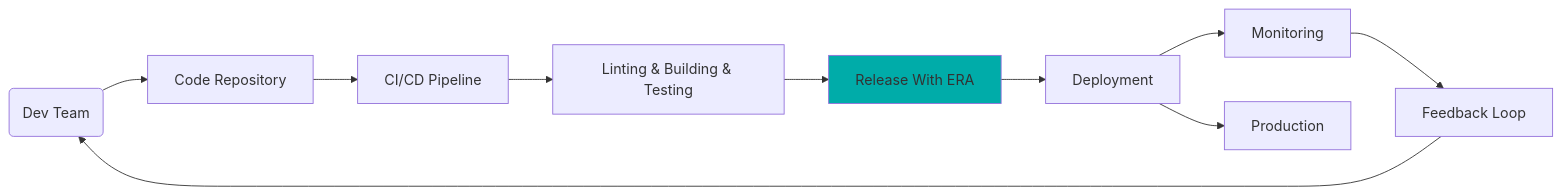
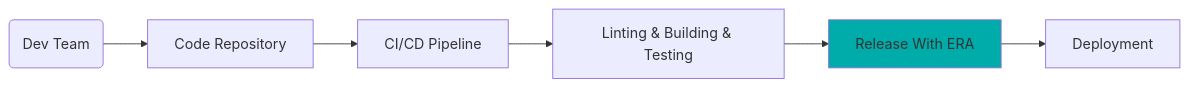
Before and after one commit to IngenicsDigital/easy-release-automation: the diagram in README.md, drawn with Mermaid. The commit also changed other lines of this file and 9 other files, not shown here.

````diff
--- a/README.md
+++ b/README.md
@@ -8,15 +81,10 @@
 ```mermaid
 graph LR
     DevTeam(Dev Team) --> CodeRepo[Code Repository]
 
     CodeRepo --> CI_CD_Pipeline[CI/CD Pipeline]
     CI_CD_Pipeline --> BuildTests[Linting & Building & Testing]
     BuildTests --> Release[Release With ERA]
     Release --> Deployment[Deployment]
-    Deployment --> Monitoring[Monitoring]
-    Monitoring --> Feedback[Feedback Loop]
-    Feedback --> DevTeam
-    Deployment --> Production[Production]
-
     style Release fill:#00ACA9
 ```
````
